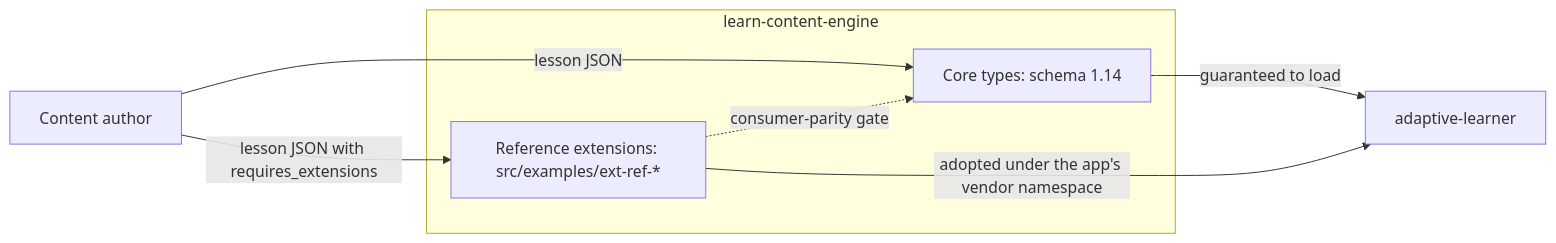
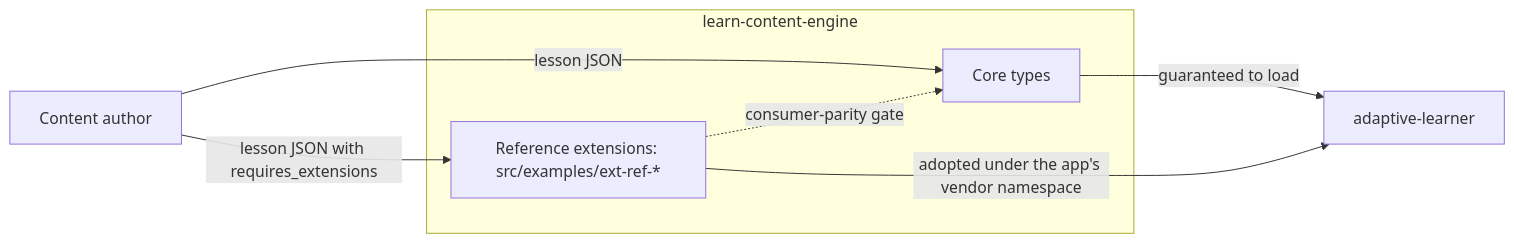
One commit to astrapi69/learn-content-engine changed the second of 3 diagrams in docs/blog/did-we-reinvent-the-wheel.md. Above: the diagram before and after it, drawn with Mermaid. The commit also changed 8 other files, not shown here.

````diff
--- a/docs/blog/did-we-reinvent-the-wheel.md
+++ b/docs/blog/did-we-reinvent-the-wheel.md
@@ -66,12 +66,12 @@
 ```mermaid
 flowchart LR
   Author[Content author] -->|lesson JSON| Core
   Author -->|lesson JSON with requires_extensions| Ref
   subgraph Engine[learn-content-engine]
-    Core[Core types: schema 1.14]
+    Core[Core types]
     Ref[Reference extensions: src/examples/ext-ref-*]
   end
   Core -->|guaranteed to load| App[adaptive-learner]
   Ref -->|adopted under the app's vendor namespace| App
   Ref -.->|consumer-parity gate| Core
 ```
````
